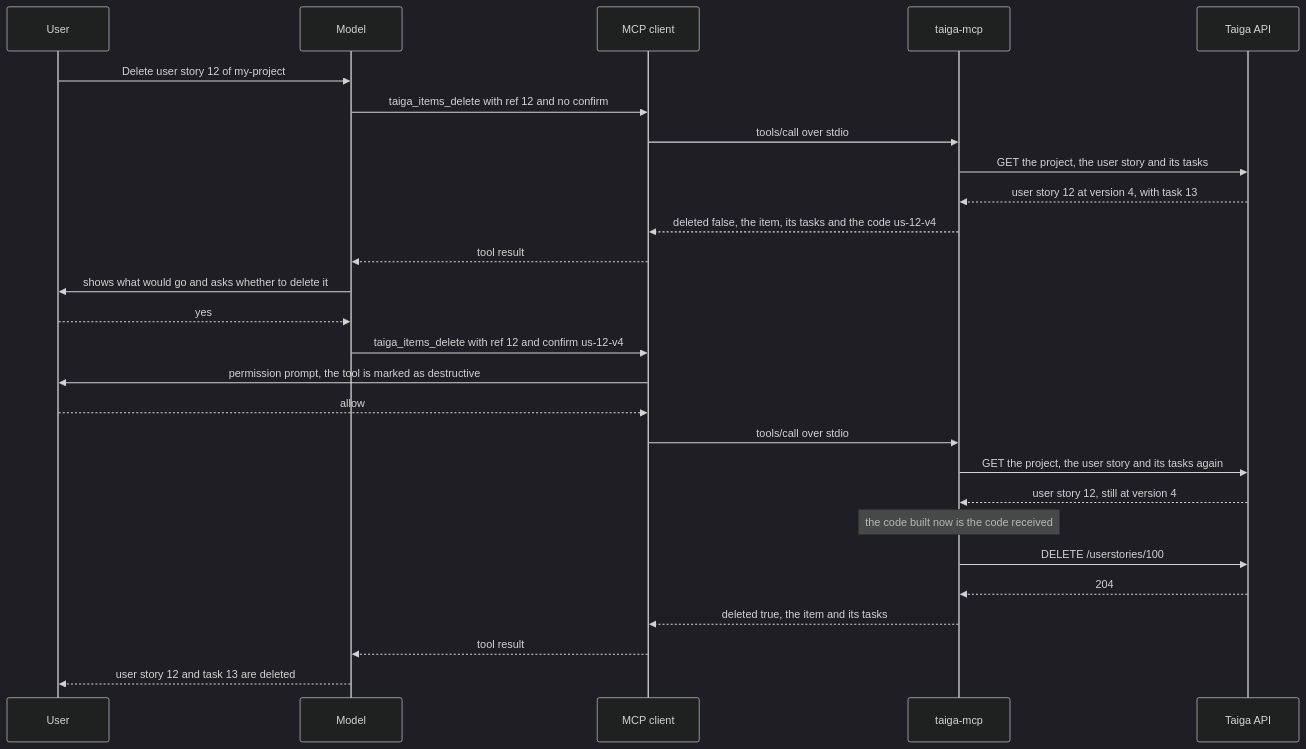
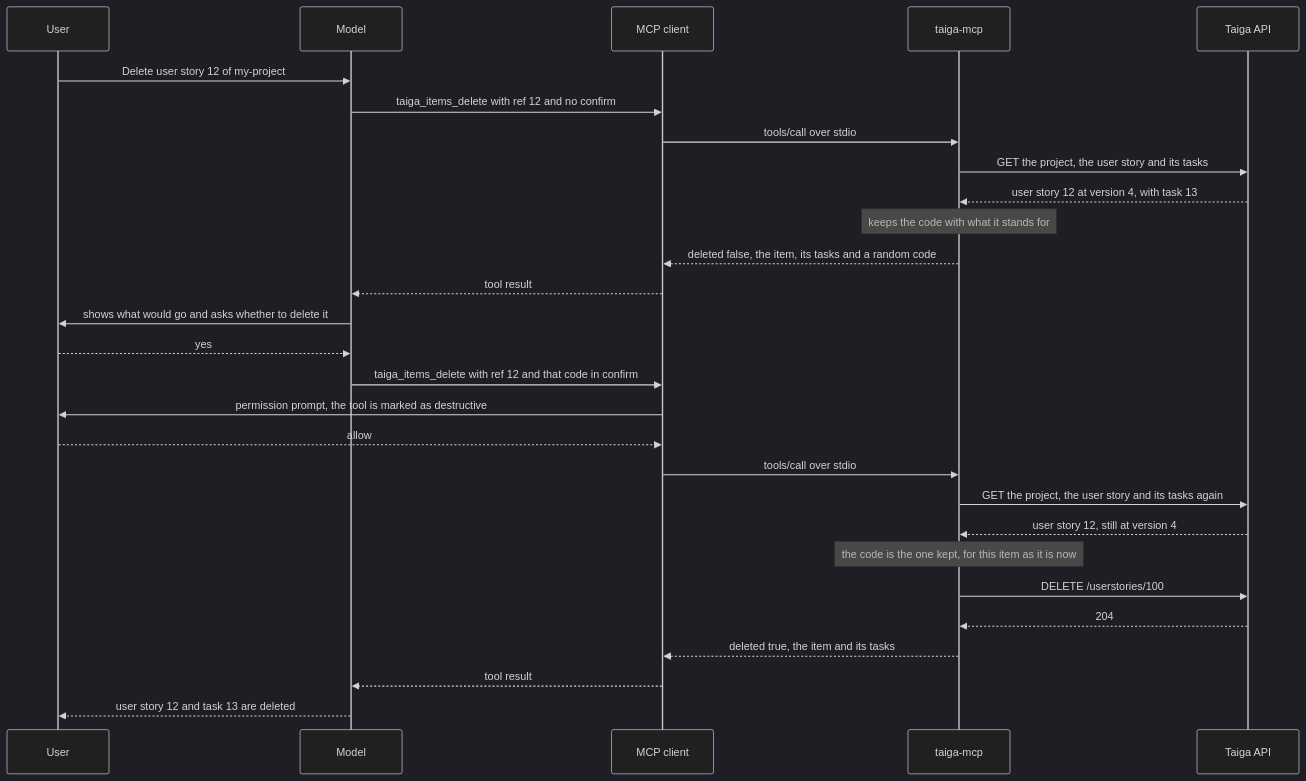
One commit to CamposCodes/taiga-r2da-mcp changed the fifth of 5 diagrams in docs/ARCHITECTURE.md. Above: the diagram before and after it, drawn with Mermaid (dark theme). The commit also changed other lines of this file and 8 other files, not shown here.

````diff
--- a/docs/ARCHITECTURE.md
+++ b/docs/ARCHITECTURE.md
@@ -252,29 +254,30 @@
 ```mermaid
 sequenceDiagram
     participant U as User
     participant M as Model
     participant C as MCP client
     participant S as taiga-mcp
     participant T as Taiga API
     U->>M: Delete user story 12 of my-project
     M->>C: taiga_items_delete with ref 12 and no confirm
     C->>S: tools/call over stdio
     S->>T: GET the project, the user story and its tasks
     T-->>S: user story 12 at version 4, with task 13
-    S-->>C: deleted false, the item, its tasks and the code us-12-v4
+    Note over S: keeps the code with what it stands for
+    S-->>C: deleted false, the item, its tasks and a random code
     C-->>M: tool result
     M->>U: shows what would go and asks whether to delete it
     U-->>M: yes
-    M->>C: taiga_items_delete with ref 12 and confirm us-12-v4
+    M->>C: taiga_items_delete with ref 12 and that code in confirm
     C->>U: permission prompt, the tool is marked as destructive
     U-->>C: allow
     C->>S: tools/call over stdio
     S->>T: GET the project, the user story and its tasks again
     T-->>S: user story 12, still at version 4
-    Note over S: the code built now is the code received
+    Note over S: the code is the one kept, for this item as it is now
     S->>T: DELETE /userstories/100
     T-->>S: 204
     S-->>C: deleted true, the item and its tasks
     C-->>M: tool result
     M-->>U: user story 12 and task 13 are deleted
 ```
````
